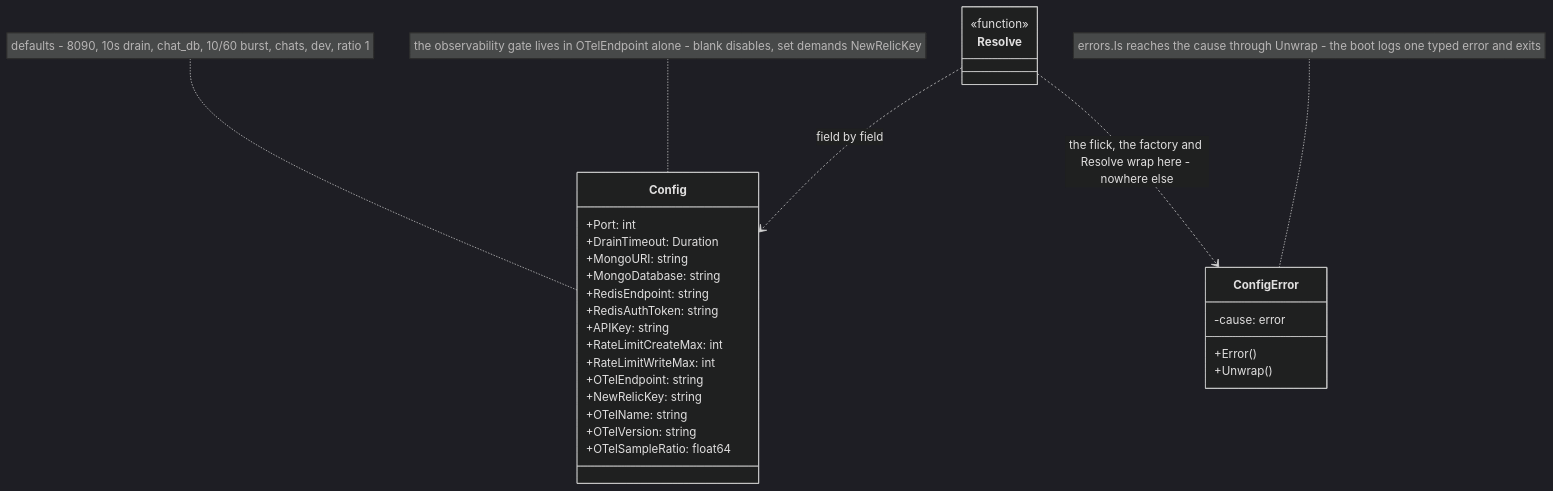
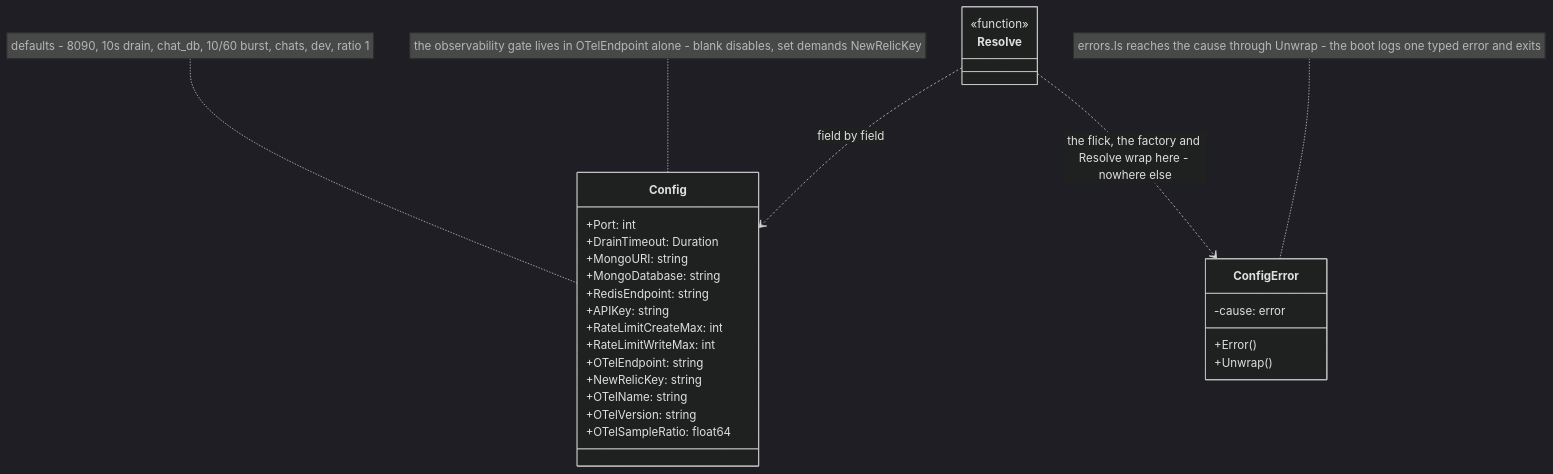
One commit to kunalPisolkar24/detectAI changed the fourth of 4 diagrams in services/chats/docs/getting-started/configuration.md. Above: the diagram before and after it, drawn with Mermaid (dark theme). The commit also changed other lines of this file and 48 other files, not shown here.

Commit message:
Migrate shared cache to ElastiCache Serverless and remove chats Redis auth token

````diff
--- a/services/chats/docs/getting-started/configuration.md
+++ b/services/chats/docs/getting-started/configuration.md
@@ -169,32 +168,31 @@
 ```mermaid
 classDiagram
     class Resolve {
         <<function>>
     }
     class Config {
         +Port: int
         +DrainTimeout: Duration
         +MongoURI: string
         +MongoDatabase: string
         +RedisEndpoint: string
-        +RedisAuthToken: string
         +APIKey: string
         +RateLimitCreateMax: int
         +RateLimitWriteMax: int
         +OTelEndpoint: string
         +NewRelicKey: string
         +OTelName: string
         +OTelVersion: string
         +OTelSampleRatio: float64
     }
     class ConfigError {
         -cause: error
         +Error()
         +Unwrap()
     }
     Resolve ..> Config : field by field
     Resolve ..> ConfigError : the flick, the factory and Resolve wrap here - nowhere else
     note for Config "defaults - 8090, 10s drain, chat_db, 10/60 burst, chats, dev, ratio 1"
     note for Config "the observability gate lives in OTelEndpoint alone - blank disables, set demands NewRelicKey"
     note for ConfigError "errors.Is reaches the cause through Unwrap - the boot logs one typed error and exits"
 ```
````
